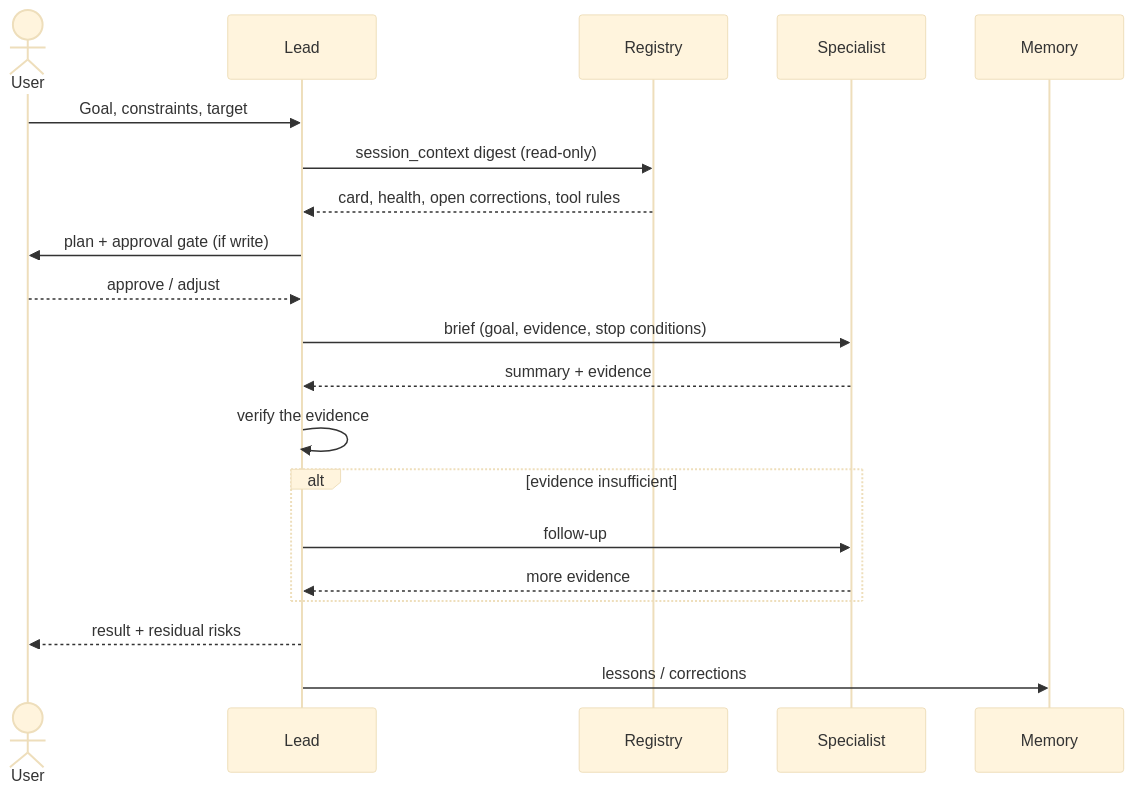
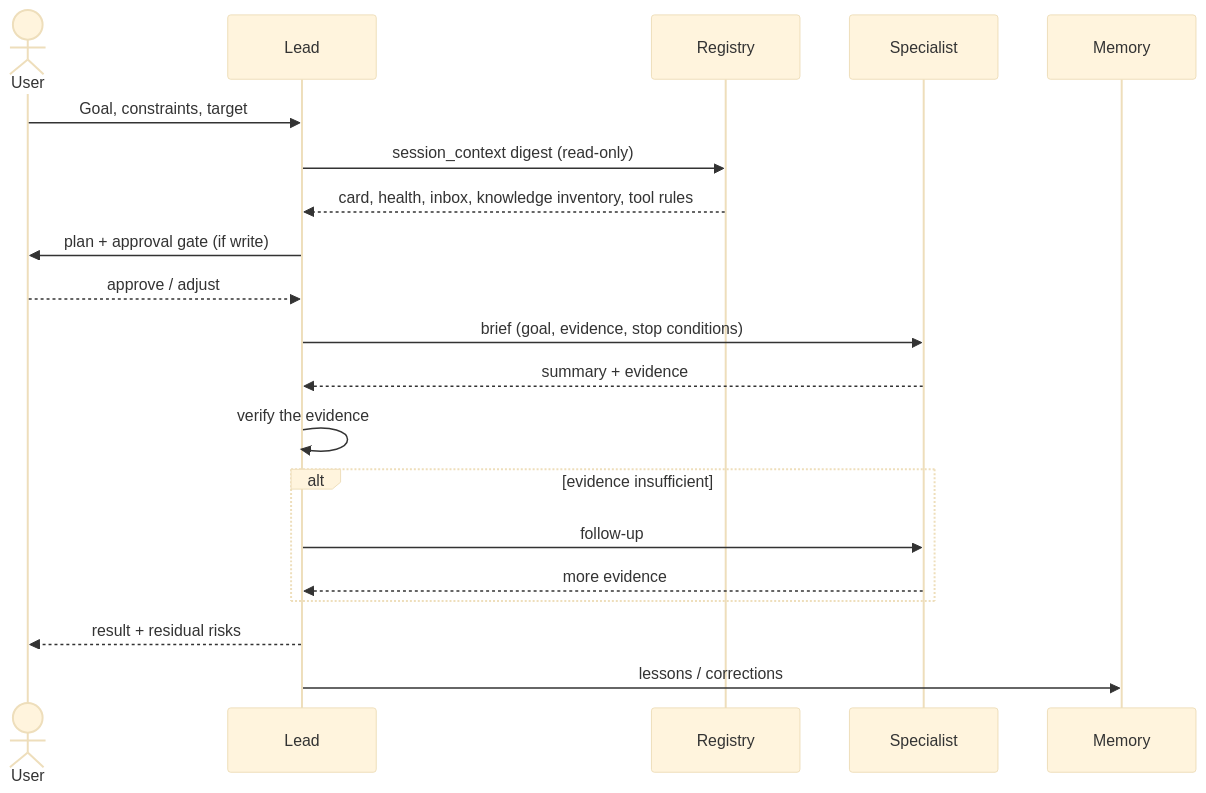
Before and after one commit to naruepan2/abap-ai-opencode-toolkit: the second of 2 diagrams in README.md, drawn with Mermaid (base theme). The commit also changed other lines of this file and 11 other files, not shown here.

````diff
--- a/README.md
+++ b/README.md
@@ -106,23 +106,23 @@
 ```mermaid
 sequenceDiagram
     actor U as User
     participant L as Lead
     participant R as Registry
     participant S as Specialist
     participant M as Memory
 
     U->>L: Goal, constraints, target
     L->>R: session_context digest (read-only)
-    R-->>L: card, health, open corrections, tool rules
+    R-->>L: card, health, inbox, knowledge inventory, tool rules
     L->>U: plan + approval gate (if write)
     U-->>L: approve / adjust
     L->>S: brief (goal, evidence, stop conditions)
     S-->>L: summary + evidence
     L->>L: verify the evidence
     alt evidence insufficient
         L->>S: follow-up
         S-->>L: more evidence
     end
     L-->>U: result + residual risks
     L->>M: lessons / corrections
 ```
````
